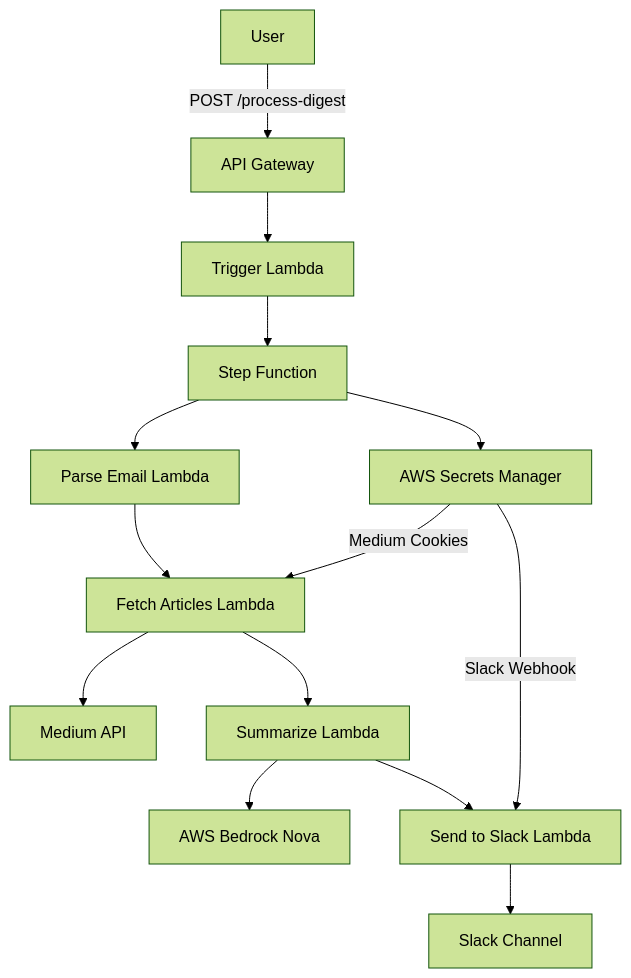
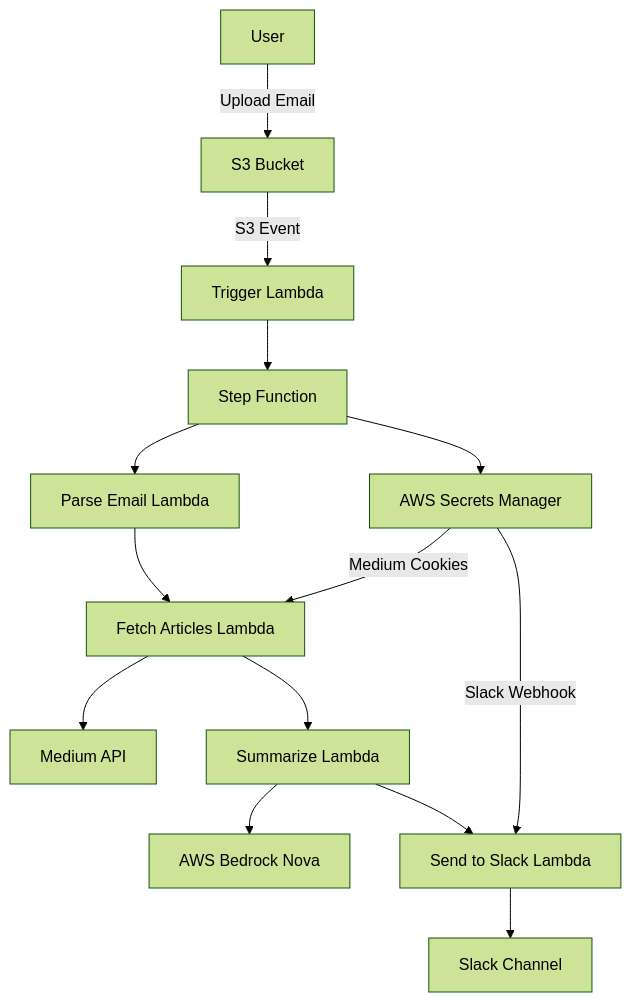
One commit to lubao/summarize-medium-daily-digest changed the diagram in .kiro/specs/medium-digest-summarizer/design.md. Above: the diagram before and after it, drawn with Mermaid (forest theme). The commit also changed other lines of this file and 64 other files, not shown here.

````diff
--- a/.kiro/specs/medium-digest-summarizer/design.md
+++ b/.kiro/specs/medium-digest-summarizer/design.md
@@ -11,16 +11,16 @@
 ```mermaid
 graph TD
-    A[User] -->|POST /process-digest| B[API Gateway]
-    B --> C[Trigger Lambda]
+    A[User] -->|Upload Email| B[S3 Bucket]
+    B -->|S3 Event| C[Trigger Lambda]
     C --> D[Step Function]
     D --> E[Parse Email Lambda]
     E --> F[Fetch Articles Lambda]
     F --> G[Medium API]
     D --> H[AWS Secrets Manager]
     H -->|Medium Cookies| F
     H -->|Slack Webhook| I[Send to Slack Lambda]
     F --> J[Summarize Lambda]
     J --> K[AWS Bedrock Nova]
     J --> I
     I --> L[Slack Channel]
 ```
````
